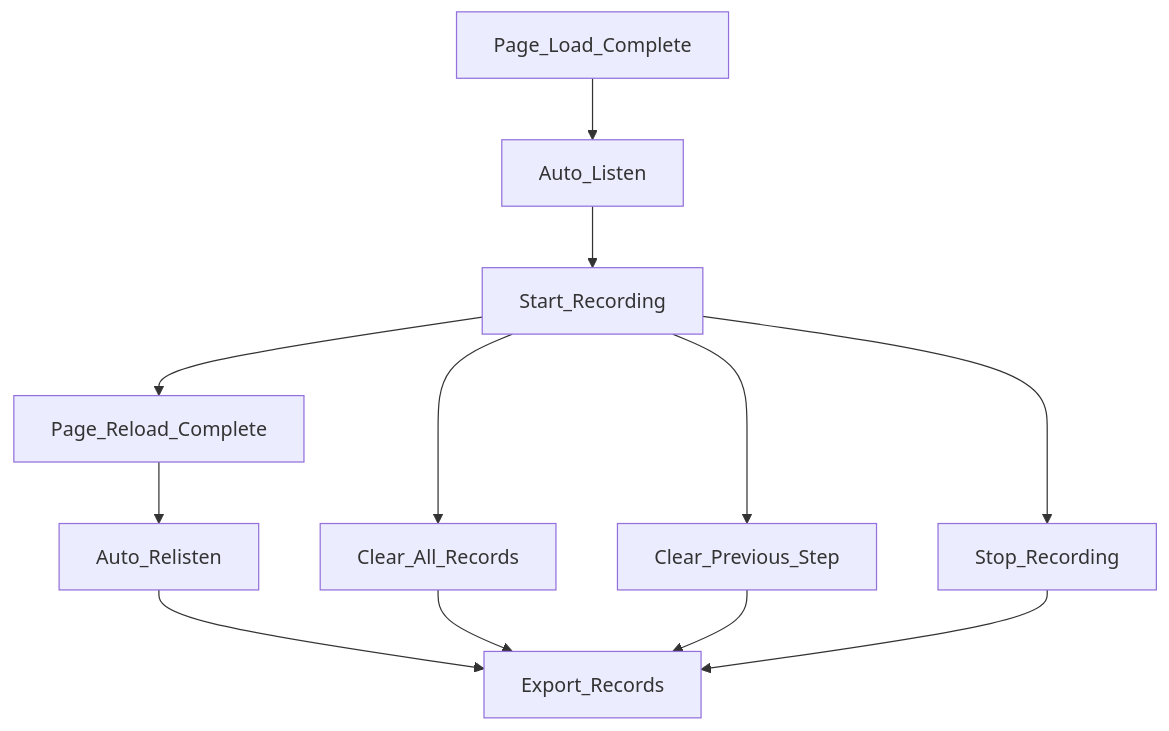
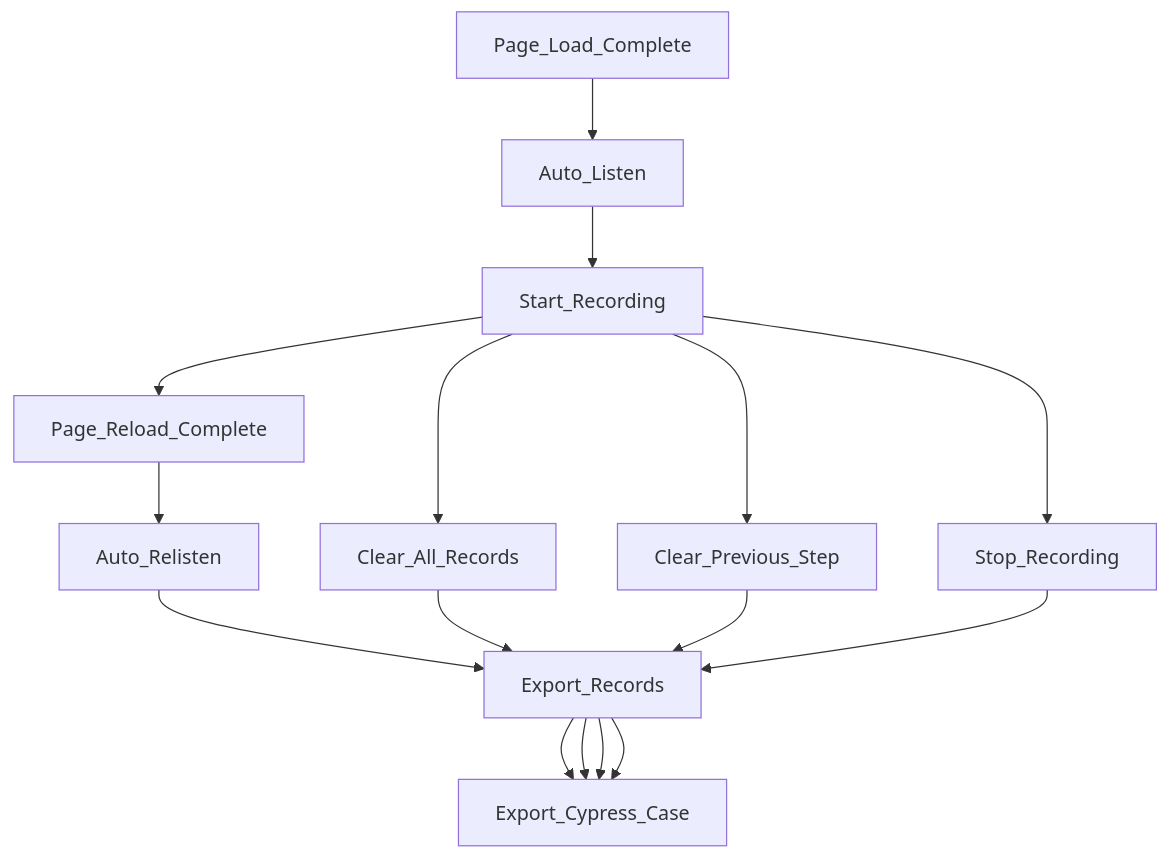
One commit to yixiangTW/action-catch changed the diagram in readme.md. Above: the diagram before and after it, drawn with Mermaid. The commit also changed other lines of this file, not shown here.

````diff
--- a/readme.md
+++ b/readme.md
@@ -71,8 +85,8 @@
 ```mermaid
 graph TD;
-  Page_Load_Complete-->Auto_Listen-->Start_Recording-->Page_Reload_Complete-->Auto_Relisten-->Export_Records;
-  Start_Recording-->Clear_All_Records-->Export_Records
-  Start_Recording-->Clear_Previous_Step-->Export_Records
-  Start_Recording-->Stop_Recording-->Export_Records
+  Page_Load_Complete-->Auto_Listen-->Start_Recording-->Page_Reload_Complete-->Auto_Relisten-->Export_Records-->Export_Cypress_Case;
+  Start_Recording-->Clear_All_Records-->Export_Records-->Export_Cypress_Case
+  Start_Recording-->Clear_Previous_Step-->Export_Records-->Export_Cypress_Case
+  Start_Recording-->Stop_Recording-->Export_Records-->Export_Cypress_Case
 
 ```
````
